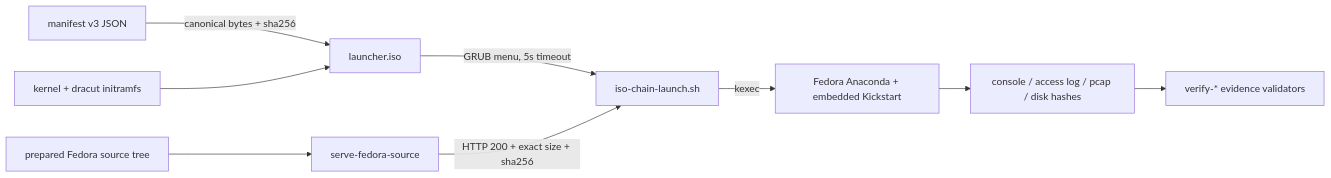
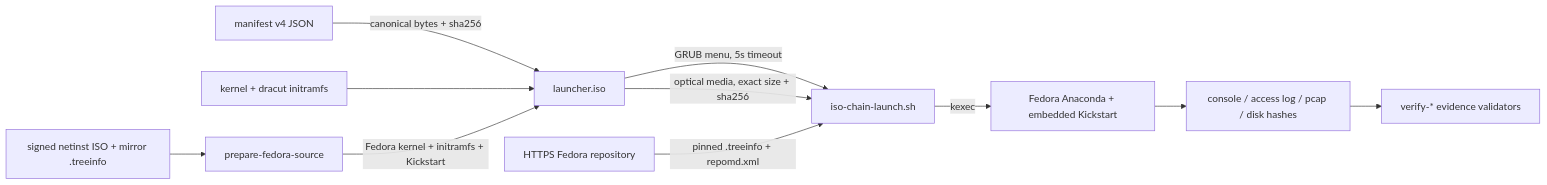
The diagram in AGENTS.md (randomparity/iso-chain-loader), drawn with Mermaid before and after one commit. The commit also changed other lines of this file and 1 other file, not shown here.

Commit message:
docs: document the ISO-carried artifact workflow

````diff
--- a/AGENTS.md
+++ b/AGENTS.md
@@ -24,11 +24,13 @@
 ```mermaid
 graph LR
-  M[manifest v3 JSON] -->|canonical bytes + sha256| ISO[launcher.iso]
+  N[signed netinst ISO + mirror .treeinfo] --> P[prepare-fedora-source]
+  M[manifest v4 JSON] -->|canonical bytes + sha256| ISO[launcher.iso]
   K[kernel + dracut initramfs] --> ISO
-  S[prepared Fedora source tree] --> SRV[serve-fedora-source]
+  P -->|Fedora kernel + initramfs + Kickstart| ISO
   ISO -->|GRUB menu, 5s timeout| L[iso-chain-launch.sh]
-  SRV -->|HTTP 200 + exact size + sha256| L
+  ISO -->|optical media, exact size + sha256| L
+  R[HTTPS Fedora repository] -->|pinned .treeinfo + repomd.xml| L
   L -->|kexec| A[Fedora Anaconda + embedded Kickstart]
   A --> E[console / access log / pcap / disk hashes]
   E --> V[verify-* evidence validators]
 ```
````
